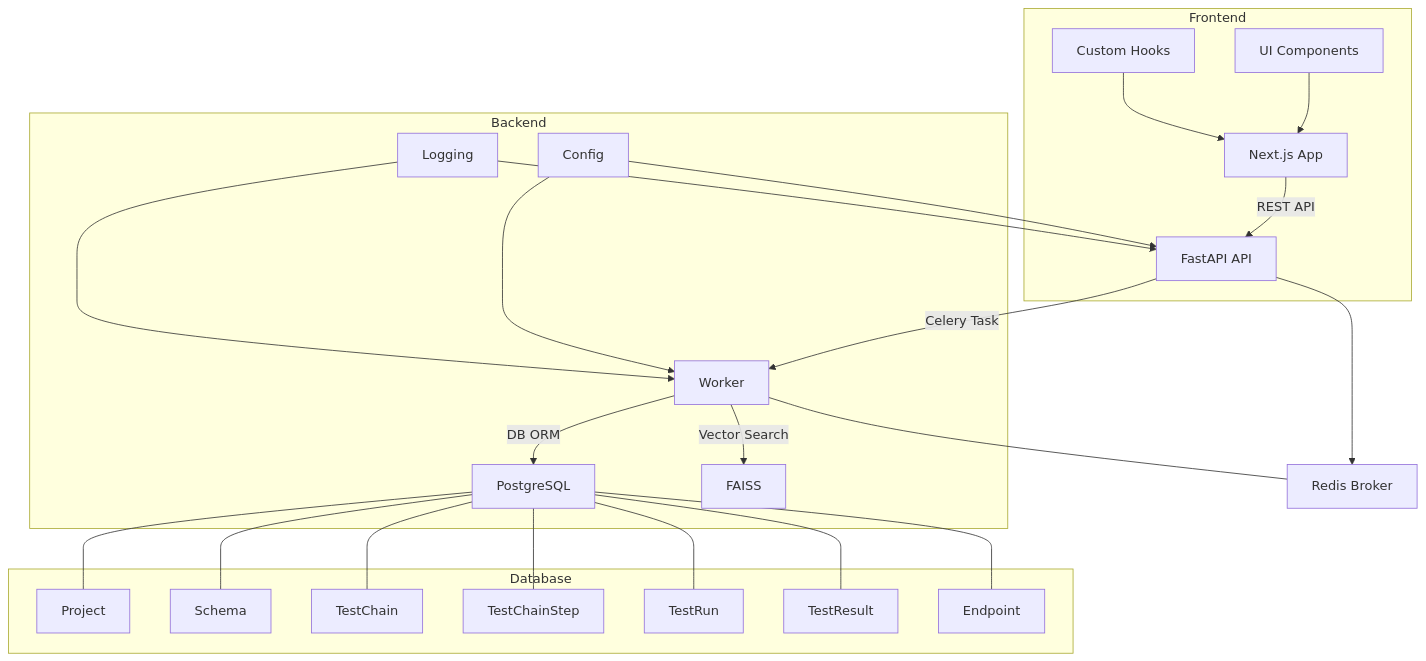
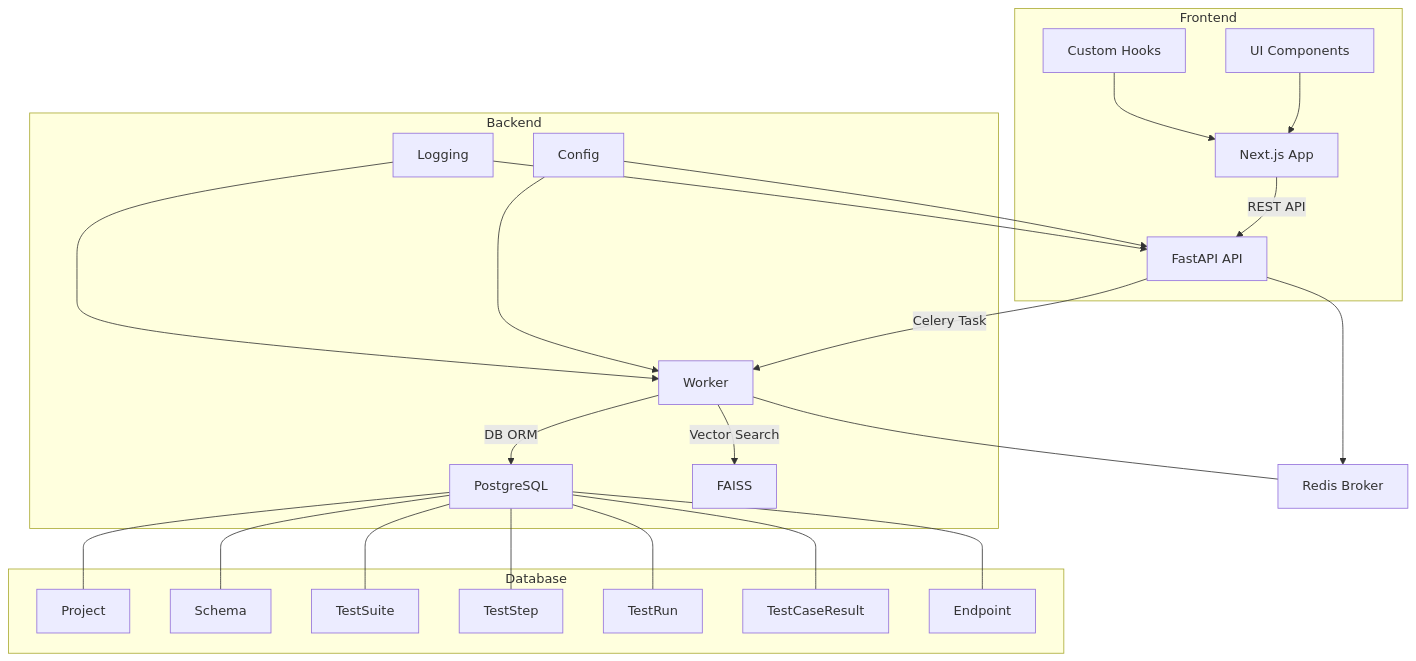
One commit to Pirikara/caseforge changed the first of 5 diagrams in ARCHITECTURE.md. Above: the diagram before and after it, drawn with Mermaid. The commit also changed other lines of this file and 46 other files, not shown here.

````diff
--- a/ARCHITECTURE.md
+++ b/ARCHITECTURE.md
@@ -53,33 +53,33 @@
 ```mermaid
 graph TD;
   subgraph Frontend
     A[Next.js App] -- REST API --> B[FastAPI API]
     A1[UI Components] --> A
     A2[Custom Hooks] --> A
   end
 
   subgraph Backend
     B -- Celery Task --> C[Worker]
     C -- DB ORM --> D[PostgreSQL]
     C -- Vector Search --> E[FAISS]
     
     F[Config] --> B
     F --> C
     G[Logging] --> B
     G --> C
   end
 
   subgraph Database
     D --- D1[Project]
     D --- D2[Schema]
-    D --- D3[TestChain]
-    D --- D4[TestChainStep]
+    D --- D3[TestSuite]
+    D --- D4[TestStep]
     D --- D5[TestRun]
-    D --- D6[TestResult]
+    D --- D6[TestCaseResult]
     D --- D7[Endpoint]
   end
 
   R[Redis Broker]
   C --- R
   B --> R
 ```
````
